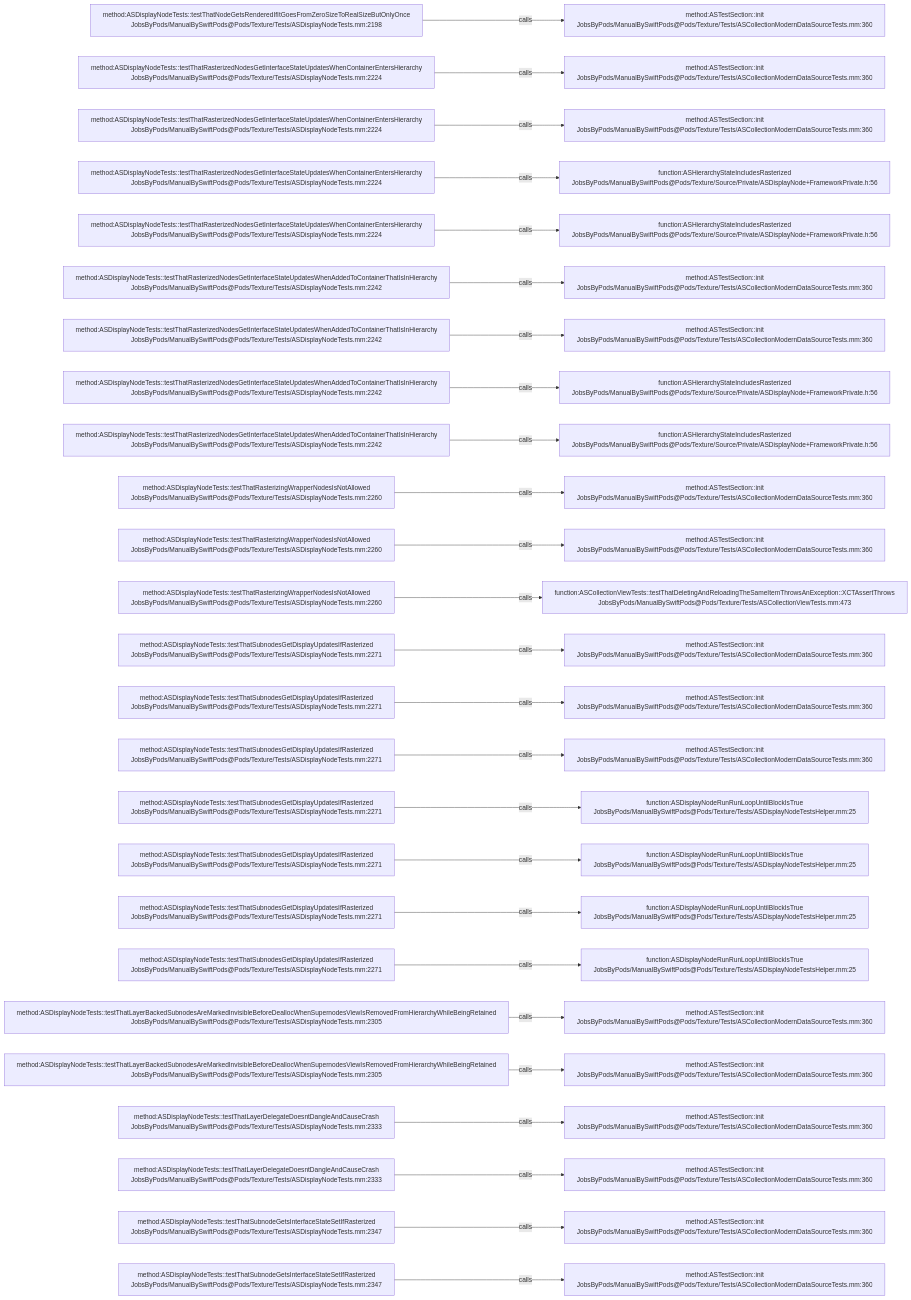
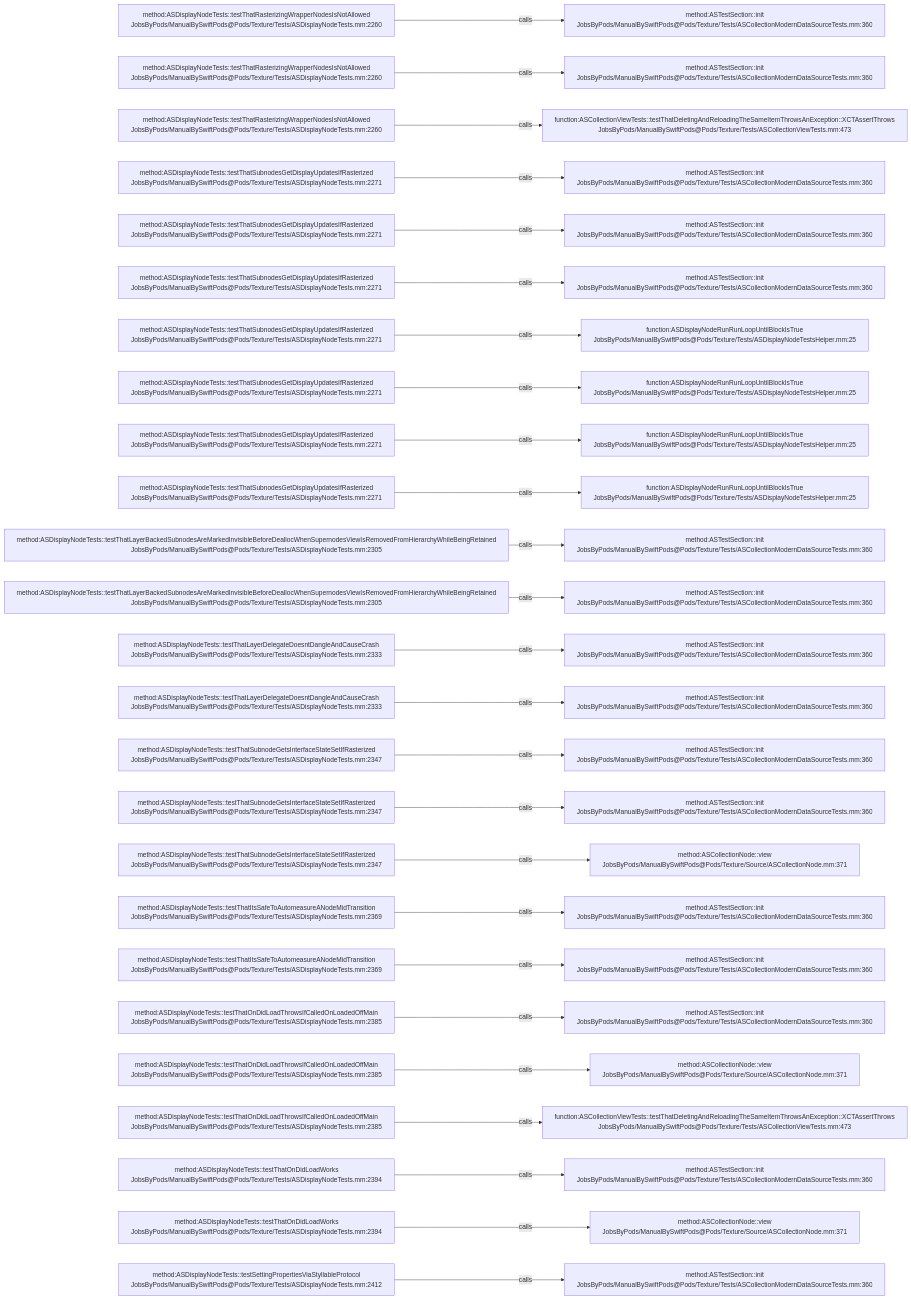
Before and after one commit to JobsKits/JobsSwiftBaseConfigDemo: the diagram in .codegraph/codegraph.md/graphs/calls-195.md, drawn with Mermaid. The commit also changed 707 other files, not shown here.

````diff
--- a/.codegraph/codegraph.md/graphs/calls-195.md
+++ b/.codegraph/codegraph.md/graphs/calls-195.md
@@ -13,78 +13,78 @@
 ```mermaid
 flowchart LR
-  S1["method:ASDisplayNodeTests::testThatNodeGetsRenderedIfItGoesFromZeroSizeToRealSizeButOnlyOnce<br/>JobsByPods/ManualBySwiftPods@Pods/Texture/Tests/ASDisplayNodeTests.mm:2198"]
+  S1["method:ASDisplayNodeTests::testThatRasterizingWrapperNodesIsNotAllowed<br/>JobsByPods/ManualBySwiftPods@Pods/Texture/Tests/ASDisplayNodeTests.mm:2260"]
   T1["method:ASTestSection::init<br/>JobsByPods/ManualBySwiftPods@Pods/Texture/Tests/ASCollectionModernDataSourceTests.mm:360"]
   S1 -->|calls| T1
-  S2["method:ASDisplayNodeTests::testThatRasterizedNodesGetInterfaceStateUpdatesWhenContainerEntersHierarchy<br/>JobsByPods/ManualBySwiftPods@Pods/Texture/Tests/ASDisplayNodeTests.mm:2224"]
+  S2["method:ASDisplayNodeTests::testThatRasterizingWrapperNodesIsNotAllowed<br/>JobsByPods/ManualBySwiftPods@Pods/Texture/Tests/ASDisplayNodeTests.mm:2260"]
   T2["method:ASTestSection::init<br/>JobsByPods/ManualBySwiftPods@Pods/Texture/Tests/ASCollectionModernDataSourceTests.mm:360"]
   S2 -->|calls| T2
-  S3["method:ASDisplayNodeTests::testThatRasterizedNodesGetInterfaceStateUpdatesWhenContainerEntersHierarchy<br/>JobsByPods/ManualBySwiftPods@Pods/Texture/Tests/ASDisplayNodeTests.mm:2224"]
-  T3["method:ASTestSection::init<br/>JobsByPods/ManualBySwiftPods@Pods/Texture/Tests/ASCollectionModernDataSourceTests.mm:360"]
+  S3["method:ASDisplayNodeTests::testThatRasterizingWrapperNodesIsNotAllowed<br/>JobsByPods/ManualBySwiftPods@Pods/Texture/Tests/ASDisplayNodeTests.mm:2260"]
+  T3["function:ASCollectionViewTests::testThatDeletingAndReloadingTheSameItemThrowsAnException::XCTAssertThrows<br/>JobsByPods/ManualBySwiftPods@Pods/Texture/Tests/ASCollectionViewTests.mm:473"]
   S3 -->|calls| T3
-  S4["method:ASDisplayNodeTests::testThatRasterizedNodesGetInterfaceStateUpdatesWhenContainerEntersHierarchy<br/>JobsByPods/ManualBySwiftPods@Pods/Texture/Tests/ASDisplayNodeTests.mm:2224"]
-  T4["function:ASHierarchyStateIncludesRasterized<br/>JobsByPods/ManualBySwiftPods@Pods/Texture/Source/Private/ASDisplayNode+FrameworkPrivate.h:56"]
+  S4["method:ASDisplayNodeTests::testThatSubnodesGetDisplayUpdatesIfRasterized<br/>JobsByPods/ManualBySwiftPods@Pods/Texture/Tests/ASDisplayNodeTests.mm:2271"]
+  T4["method:ASTestSection::init<br/>JobsByPods/ManualBySwiftPods@Pods/Texture/Tests/ASCollectionModernDataSourceTests.mm:360"]
   S4 -->|calls| T4
-  S5["method:ASDisplayNodeTests::testThatRasterizedNodesGetInterfaceStateUpdatesWhenContainerEntersHierarchy<br/>JobsByPods/ManualBySwiftPods@Pods/Texture/Tests/ASDisplayNodeTests.mm:2224"]
-  T5["function:ASHierarchyStateIncludesRasterized<br/>JobsByPods/ManualBySwiftPods@Pods/Texture/Source/Private/ASDisplayNode+FrameworkPrivate.h:56"]
+  S5["method:ASDisplayNodeTests::testThatSubnodesGetDisplayUpdatesIfRasterized<br/>JobsByPods/ManualBySwiftPods@Pods/Texture/Tests/ASDisplayNodeTests.mm:2271"]
+  T5["method:ASTestSection::init<br/>JobsByPods/ManualBySwiftPods@Pods/Texture/Tests/ASCollectionModernDataSourceTests.mm:360"]
   S5 -->|calls| T5
-  S6["method:ASDisplayNodeTests::testThatRasterizedNodesGetInterfaceStateUpdatesWhenAddedToContainerThatIsInHierarchy<br/>JobsByPods/ManualBySwiftPods@Pods/Texture/Tests/ASDisplayNodeTests.mm:2242"]
+  S6["method:ASDisplayNodeTests::testThatSubnodesGetDisplayUpdatesIfRasterized<br/>JobsByPods/ManualBySwiftPods@Pods/Texture/Tests/ASDisplayNodeTests.mm:2271"]
   T6["method:ASTestSection::init<br/>JobsByPods/ManualBySwiftPods@Pods/Texture/Tests/ASCollectionModernDataSourceTests.mm:360"]
   S6 -->|calls| T6
-  S7["method:ASDisplayNodeTests::testThatRasterizedNodesGetInterfaceStateUpdatesWhenAddedToContainerThatIsInHierarchy<br/>JobsByPods/ManualBySwiftPods@Pods/Texture/Tests/ASDisplayNodeTests.mm:2242"]
-  T7["method:ASTestSection::init<br/>JobsByPods/ManualBySwiftPods@Pods/Texture/Tests/ASCollectionModernDataSourceTests.mm:360"]
+  S7["method:ASDisplayNodeTests::testThatSubnodesGetDisplayUpdatesIfRasterized<br/>JobsByPods/ManualBySwiftPods@Pods/Texture/Tests/ASDisplayNodeTests.mm:2271"]
+  T7["function:ASDisplayNodeRunRunLoopUntilBlockIsTrue<br/>JobsByPods/ManualBySwiftPods@Pods/Texture/Tests/ASDisplayNodeTestsHelper.mm:25"]
   S7 -->|calls| T7
-  S8["method:ASDisplayNodeTests::testThatRasterizedNodesGetInterfaceStateUpdatesWhenAddedToContainerThatIsInHierarchy<br/>JobsByPods/ManualBySwiftPods@Pods/Texture/Tests/ASDisplayNodeTests.mm:2242"]
-  T8["function:ASHierarchyStateIncludesRasterized<br/>JobsByPods/ManualBySwiftPods@Pods/Texture/Source/Private/ASDisplayNode+FrameworkPrivate.h:56"]
+  S8["method:ASDisplayNodeTests::testThatSubnodesGetDisplayUpdatesIfRasterized<br/>JobsByPods/ManualBySwiftPods@Pods/Texture/Tests/ASDisplayNodeTests.mm:2271"]
+  T8["function:ASDisplayNodeRunRunLoopUntilBlockIsTrue<br/>JobsByPods/ManualBySwiftPods@Pods/Texture/Tests/ASDisplayNodeTestsHelper.mm:25"]
   S8 -->|calls| T8
-  S9["method:ASDisplayNodeTests::testThatRasterizedNodesGetInterfaceStateUpdatesWhenAddedToContainerThatIsInHierarchy<br/>JobsByPods/ManualBySwiftPods@Pods/Texture/Tests/ASDisplayNodeTests.mm:2242"]
-  T9["function:ASHierarchyStateIncludesRasterized<br/>JobsByPods/ManualBySwiftPods@Pods/Texture/Source/Private/ASDisplayNode+FrameworkPrivate.h:56"]
+  S9["method:ASDisplayNodeTests::testThatSubnodesGetDisplayUpdatesIfRasterized<br/>JobsByPods/ManualBySwiftPods@Pods/Texture/Tests/ASDisplayNodeTests.mm:2271"]
+  T9["function:ASDisplayNodeRunRunLoopUntilBlockIsTrue<br/>JobsByPods/ManualBySwiftPods@Pods/Texture/Tests/ASDisplayNodeTestsHelper.mm:25"]
   S9 -->|calls| T9
-  S10["method:ASDisplayNodeTests::testThatRasterizingWrapperNodesIsNotAllowed<br/>JobsByPods/ManualBySwiftPods@Pods/Texture/Tests/ASDisplayNodeTests.mm:2260"]
-  T10["method:ASTestSection::init<br/>JobsByPods/ManualBySwiftPods@Pods/Texture/Tests/ASCollectionModernDataSourceTests.mm:360"]
+  S10["method:ASDisplayNodeTests::testThatSubnodesGetDisplayUpdatesIfRasterized<br/>JobsByPods/ManualBySwiftPods@Pods/Texture/Tests/ASDisplayNodeTests.mm:2271"]
+  T10["function:ASDisplayNodeRunRunLoopUntilBlockIsTrue<br/>JobsByPods/ManualBySwiftPods@Pods/Texture/Tests/ASDisplayNodeTestsHelper.mm:25"]
   S10 -->|calls| T10
-  S11["method:ASDisplayNodeTests::testThatRasterizingWrapperNodesIsNotAllowed<br/>JobsByPods/ManualBySwiftPods@Pods/Texture/Tests/ASDisplayNodeTests.mm:2260"]
+  S11["method:ASDisplayNodeTests::testThatLayerBackedSubnodesAreMarkedInvisibleBeforeDeallocWhenSupernodesViewIsRemovedFromHierarchyWhileBeingRetained<br/>JobsByPods/ManualBySwiftPods@Pods/Texture/Tests/ASDisplayNodeTests.mm:2305"]
   T11["method:ASTestSection::init<br/>JobsByPods/ManualBySwiftPods@Pods/Texture/Tests/ASCollectionModernDataSourceTests.mm:360"]
   S11 -->|calls| T11
-  S12["method:ASDisplayNodeTests::testThatRasterizingWrapperNodesIsNotAllowed<br/>JobsByPods/ManualBySwiftPods@Pods/Texture/Tests/ASDisplayNodeTests.mm:2260"]
-  T12["function:ASCollectionViewTests::testThatDeletingAndReloadingTheSameItemThrowsAnException::XCTAssertThrows<br/>JobsByPods/ManualBySwiftPods@Pods/Texture/Tests/ASCollectionViewTests.mm:473"]
+  S12["method:ASDisplayNodeTests::testThatLayerBackedSubnodesAreMarkedInvisibleBeforeDeallocWhenSupernodesViewIsRemovedFromHierarchyWhileBeingRetained<br/>JobsByPods/ManualBySwiftPods@Pods/Texture/Tests/ASDisplayNodeTests.mm:2305"]
+  T12["method:ASTestSection::init<br/>JobsByPods/ManualBySwiftPods@Pods/Texture/Tests/ASCollectionModernDataSourceTests.mm:360"]
   S12 -->|calls| T12
-  S13["method:ASDisplayNodeTests::testThatSubnodesGetDisplayUpdatesIfRasterized<br/>JobsByPods/ManualBySwiftPods@Pods/Texture/Tests/ASDisplayNodeTests.mm:2271"]
+  S13["method:ASDisplayNodeTests::testThatLayerDelegateDoesntDangleAndCauseCrash<br/>JobsByPods/ManualBySwiftPods@Pods/Texture/Tests/ASDisplayNodeTests.mm:2333"]
   T13["method:ASTestSection::init<br/>JobsByPods/ManualBySwiftPods@Pods/Texture/Tests/ASCollectionModernDataSourceTests.mm:360"]
   S13 -->|calls| T13
-  S14["method:ASDisplayNodeTests::testThatSubnodesGetDisplayUpdatesIfRasterized<br/>JobsByPods/ManualBySwiftPods@Pods/Texture/Tests/ASDisplayNodeTests.mm:2271"]
+  S14["method:ASDisplayNodeTests::testThatLayerDelegateDoesntDangleAndCauseCrash<br/>JobsByPods/ManualBySwiftPods@Pods/Texture/Tests/ASDisplayNodeTests.mm:2333"]
   T14["method:ASTestSection::init<br/>JobsByPods/ManualBySwiftPods@Pods/Texture/Tests/ASCollectionModernDataSourceTests.mm:360"]
   S14 -->|calls| T14
-  S15["method:ASDisplayNodeTests::testThatSubnodesGetDisplayUpdatesIfRasterized<br/>JobsByPods/ManualBySwiftPods@Pods/Texture/Tests/ASDisplayNodeTests.mm:2271"]
+  S15["method:ASDisplayNodeTests::testThatSubnodeGetsInterfaceStateSetIfRasterized<br/>JobsByPods/ManualBySwiftPods@Pods/Texture/Tests/ASDisplayNodeTests.mm:2347"]
   T15["method:ASTestSection::init<br/>JobsByPods/ManualBySwiftPods@Pods/Texture/Tests/ASCollectionModernDataSourceTests.mm:360"]
   S15 -->|calls| T15
-  S16["method:ASDisplayNodeTests::testThatSubnodesGetDisplayUpdatesIfRasterized<br/>JobsByPods/ManualBySwiftPods@Pods/Texture/Tests/ASDisplayNodeTests.mm:2271"]
-  T16["function:ASDisplayNodeRunRunLoopUntilBlockIsTrue<br/>JobsByPods/ManualBySwiftPods@Pods/Texture/Tests/ASDisplayNodeTestsHelper.mm:25"]
+  S16["method:ASDisplayNodeTests::testThatSubnodeGetsInterfaceStateSetIfRasterized<br/>JobsByPods/ManualBySwiftPods@Pods/Texture/Tests/ASDisplayNodeTests.mm:2347"]
+  T16["method:ASTestSection::init<br/>JobsByPods/ManualBySwiftPods@Pods/Texture/Tests/ASCollectionModernDataSourceTests.mm:360"]
   S16 -->|calls| T16
-  S17["method:ASDisplayNodeTests::testThatSubnodesGetDisplayUpdatesIfRasterized<br/>JobsByPods/ManualBySwiftPods@Pods/Texture/Tests/ASDisplayNodeTests.mm:2271"]
-  T17["function:ASDisplayNodeRunRunLoopUntilBlockIsTrue<br/>JobsByPods/ManualBySwiftPods@Pods/Texture/Tests/ASDisplayNodeTestsHelper.mm:25"]
+  S17["method:ASDisplayNodeTests::testThatSubnodeGetsInterfaceStateSetIfRasterized<br/>JobsByPods/ManualBySwiftPods@Pods/Texture/Tests/ASDisplayNodeTests.mm:2347"]
+  T17["method:ASCollectionNode::view<br/>JobsByPods/ManualBySwiftPods@Pods/Texture/Source/ASCollectionNode.mm:371"]
   S17 -->|calls| T17
-  S18["method:ASDisplayNodeTests::testThatSubnodesGetDisplayUpdatesIfRasterized<br/>JobsByPods/ManualBySwiftPods@Pods/Texture/Tests/ASDisplayNodeTests.mm:2271"]
-  T18["function:ASDisplayNodeRunRunLoopUntilBlockIsTrue<br/>JobsByPods/ManualBySwiftPods@Pods/Texture/Tests/ASDisplayNodeTestsHelper.mm:25"]
+  S18["method:ASDisplayNodeTests::testThatItsSafeToAutomeasureANodeMidTransition<br/>JobsByPods/ManualBySwiftPods@Pods/Texture/Tests/ASDisplayNodeTests.mm:2369"]
+  T18["method:ASTestSection::init<br/>JobsByPods/ManualBySwiftPods@Pods/Texture/Tests/ASCollectionModernDataSourceTests.mm:360"]
   S18 -->|calls| T18
-  S19["method:ASDisplayNodeTests::testThatSubnodesGetDisplayUpdatesIfRasterized<br/>JobsByPods/ManualBySwiftPods@Pods/Texture/Tests/ASDisplayNodeTests.mm:2271"]
-  T19["function:ASDisplayNodeRunRunLoopUntilBlockIsTrue<br/>JobsByPods/ManualBySwiftPods@Pods/Texture/Tests/ASDisplayNodeTestsHelper.mm:25"]
+  S19["method:ASDisplayNodeTests::testThatItsSafeToAutomeasureANodeMidTransition<br/>JobsByPods/ManualBySwiftPods@Pods/Texture/Tests/ASDisplayNodeTests.mm:2369"]
+  T19["method:ASTestSection::init<br/>JobsByPods/ManualBySwiftPods@Pods/Texture/Tests/ASCollectionModernDataSourceTests.mm:360"]
   S19 -->|calls| T19
-  S20["method:ASDisplayNodeTests::testThatLayerBackedSubnodesAreMarkedInvisibleBeforeDeallocWhenSupernodesViewIsRemovedFromHierarchyWhileBeingRetained<br/>JobsByPods/ManualBySwiftPods@Pods/Texture/Tests/ASDisplayNodeTests.mm:2305"]
+  S20["method:ASDisplayNodeTests::testThatOnDidLoadThrowsIfCalledOnLoadedOffMain<br/>JobsByPods/ManualBySwiftPods@Pods/Texture/Tests/ASDisplayNodeTests.mm:2385"]
   T20["method:ASTestSection::init<br/>JobsByPods/ManualBySwiftPods@Pods/Texture/Tests/ASCollectionModernDataSourceTests.mm:360"]
   S20 -->|calls| T20
-  S21["method:ASDisplayNodeTests::testThatLayerBackedSubnodesAreMarkedInvisibleBeforeDeallocWhenSupernodesViewIsRemovedFromHierarchyWhileBeingRetained<br/>JobsByPods/ManualBySwiftPods@Pods/Texture/Tests/ASDisplayNodeTests.mm:2305"]
-  T21["method:ASTestSection::init<br/>JobsByPods/ManualBySwiftPods@Pods/Texture/Tests/ASCollectionModernDataSourceTests.mm:360"]
+  S21["method:ASDisplayNodeTests::testThatOnDidLoadThrowsIfCalledOnLoadedOffMain<br/>JobsByPods/ManualBySwiftPods@Pods/Texture/Tests/ASDisplayNodeTests.mm:2385"]
+  T21["method:ASCollectionNode::view<br/>JobsByPods/ManualBySwiftPods@Pods/Texture/Source/ASCollectionNode.mm:371"]
   S21 -->|calls| T21
-  S22["method:ASDisplayNodeTests::testThatLayerDelegateDoesntDangleAndCauseCrash<br/>JobsByPods/ManualBySwiftPods@Pods/Texture/Tests/ASDisplayNodeTests.mm:2333"]
-  T22["method:ASTestSection::init<br/>JobsByPods/ManualBySwiftPods@Pods/Texture/Tests/ASCollectionModernDataSourceTests.mm:360"]
+  S22["method:ASDisplayNodeTests::testThatOnDidLoadThrowsIfCalledOnLoadedOffMain<br/>JobsByPods/ManualBySwiftPods@Pods/Texture/Tests/ASDisplayNodeTests.mm:2385"]
+  T22["function:ASCollectionViewTests::testThatDeletingAndReloadingTheSameItemThrowsAnException::XCTAssertThrows<br/>JobsByPods/ManualBySwiftPods@Pods/Texture/Tests/ASCollectionViewTests.mm:473"]
   S22 -->|calls| T22
-  S23["method:ASDisplayNodeTests::testThatLayerDelegateDoesntDangleAndCauseCrash<br/>JobsByPods/ManualBySwiftPods@Pods/Texture/Tests/ASDisplayNodeTests.mm:2333"]
+  S23["method:ASDisplayNodeTests::testThatOnDidLoadWorks<br/>JobsByPods/ManualBySwiftPods@Pods/Texture/Tests/ASDisplayNodeTests.mm:2394"]
   T23["method:ASTestSection::init<br/>JobsByPods/ManualBySwiftPods@Pods/Texture/Tests/ASCollectionModernDataSourceTests.mm:360"]
   S23 -->|calls| T23
-  S24["method:ASDisplayNodeTests::testThatSubnodeGetsInterfaceStateSetIfRasterized<br/>JobsByPods/ManualBySwiftPods@Pods/Texture/Tests/ASDisplayNodeTests.mm:2347"]
-  T24["method:ASTestSection::init<br/>JobsByPods/ManualBySwiftPods@Pods/Texture/Tests/ASCollectionModernDataSourceTests.mm:360"]
+  S24["method:ASDisplayNodeTests::testThatOnDidLoadWorks<br/>JobsByPods/ManualBySwiftPods@Pods/Texture/Tests/ASDisplayNodeTests.mm:2394"]
+  T24["method:ASCollectionNode::view<br/>JobsByPods/ManualBySwiftPods@Pods/Texture/Source/ASCollectionNode.mm:371"]
   S24 -->|calls| T24
-  S25["method:ASDisplayNodeTests::testThatSubnodeGetsInterfaceStateSetIfRasterized<br/>JobsByPods/ManualBySwiftPods@Pods/Texture/Tests/ASDisplayNodeTests.mm:2347"]
+  S25["method:ASDisplayNodeTests::testSettingPropertiesViaStyllableProtocol<br/>JobsByPods/ManualBySwiftPods@Pods/Texture/Tests/ASDisplayNodeTests.mm:2412"]
   T25["method:ASTestSection::init<br/>JobsByPods/ManualBySwiftPods@Pods/Texture/Tests/ASCollectionModernDataSourceTests.mm:360"]
   S25 -->|calls| T25
 ```
````
